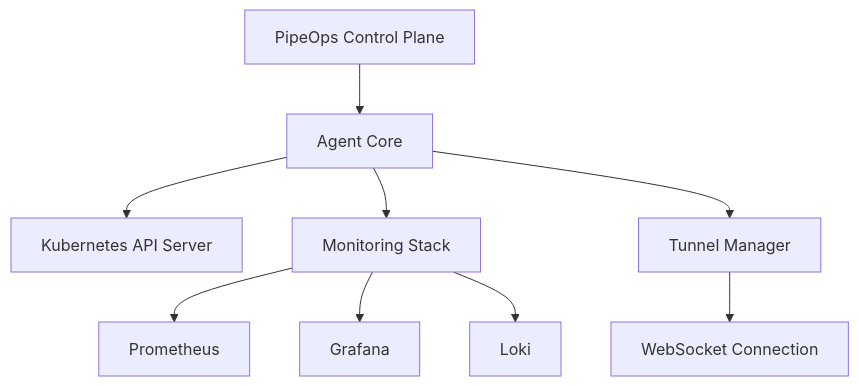
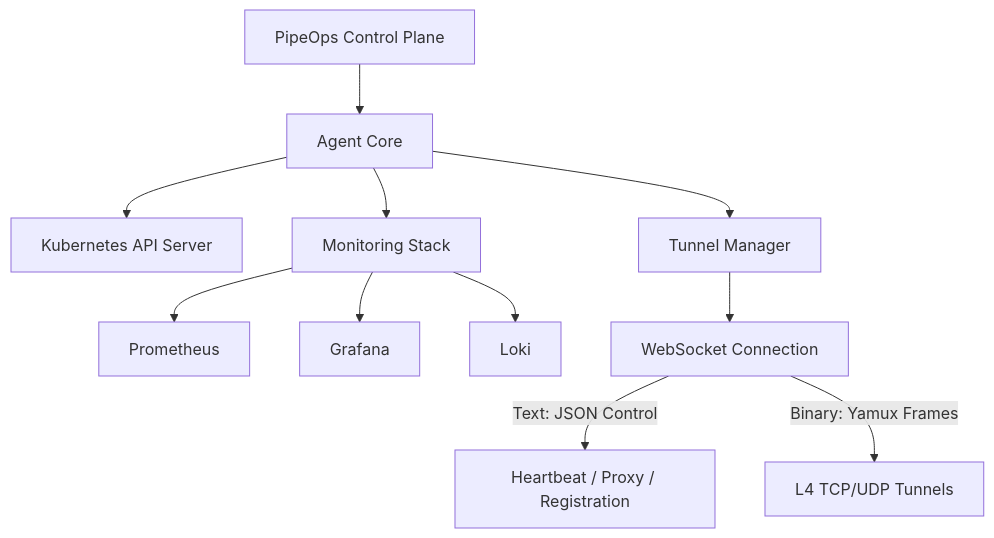
Before and after one commit to PipeOpsHQ/pipeops-k8-agent: the diagram in docs/index.md, drawn with Mermaid. The commit also changed other lines of this file and 6 other files, not shown here.

Commit message:
docs: update documentation to reflect Phase 1-3 changes (yamux, streaming, heartbeat fixes)

````diff
--- a/docs/index.md
+++ b/docs/index.md
@@ -174,11 +179,13 @@
 ```mermaid
 graph TB
     A[PipeOps Control Plane] --> B[Agent Core]
     B --> C[Kubernetes API Server]
     B --> D[Monitoring Stack]
     D --> E[Prometheus]
     D --> F[Grafana]
     D --> G[Loki]
     B --> H[Tunnel Manager]
     H --> I[WebSocket Connection]
+    I -->|Text: JSON Control| J[Heartbeat / Proxy / Registration]
+    I -->|Binary: Yamux Frames| K[L4 TCP/UDP Tunnels]
 ```
````
